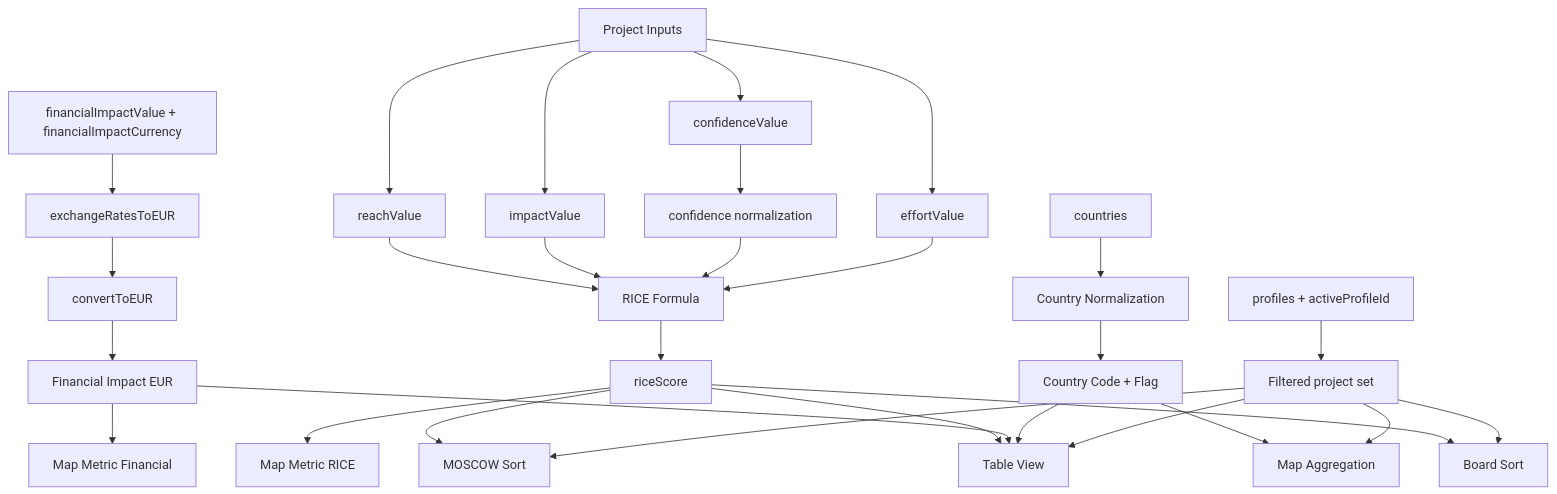
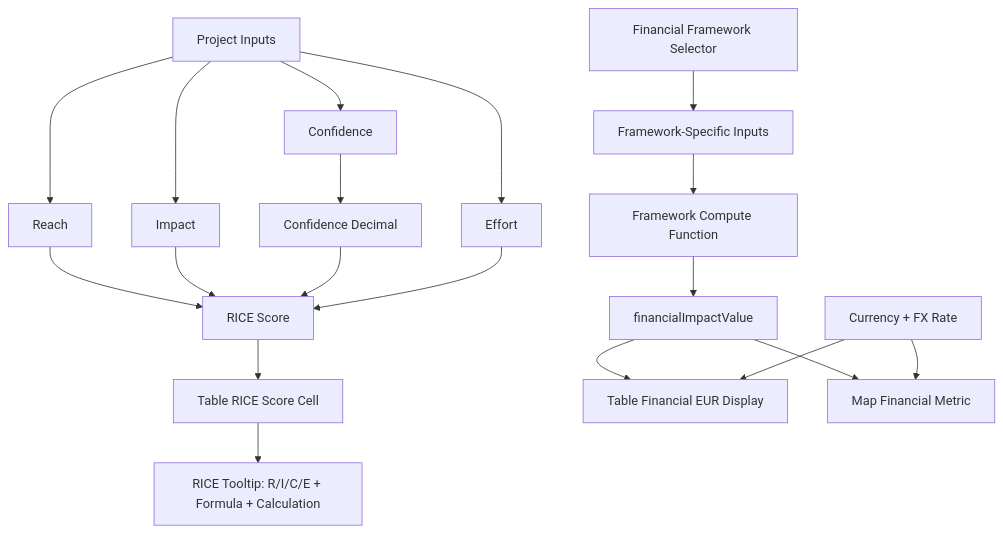
Before and after one commit to RifqiMT/pm-prioritization-tool: the diagram in docs/VARIABLES.md, drawn with Mermaid. The commit also changed other lines of this file and 15 other files, not shown here.

First line of the commit message:
feat(financial-frameworks,ux,docs): expand impact models and align UX + documentation to current product behavior

````diff
--- a/docs/VARIABLES.md
+++ b/docs/VARIABLES.md
@@ -119,34 +52,23 @@
 ```mermaid
 flowchart TD
-  A[Project Inputs] --> B[reachValue]
-  A --> C[impactValue]
-  A --> D[confidenceValue]
-  A --> E[effortValue]
-  B --> F[RICE Formula]
+  A[Project Inputs] --> B[Reach]
+  A --> C[Impact]
+  A --> D[Confidence]
+  A --> E[Effort]
+  D --> D1[Confidence Decimal]
+  B --> F[RICE Score]
   C --> F
-  D --> G[confidence normalization]
-  G --> F
+  D1 --> F
   E --> F
-  F --> H[riceScore]
-  H --> I[Table View]
-  H --> J[Board Sort]
-  H --> K[MOSCOW Sort]
-  H --> L[Map Metric RICE]
+  F --> G[Table RICE Score Cell]
+  G --> H[RICE Tooltip: R/I/C/E + Formula + Calculation]
 
-  M[financialImpactValue + financialImpactCurrency] --> N[exchangeRatesToEUR]
-  N --> O[convertToEUR]
-  O --> P[Financial Impact EUR]
-  P --> I
-  P --> Q[Map Metric Financial]
+  I[Financial Framework Selector] --> J[Framework-Specific Inputs]
+  J --> K[Framework Compute Function]
+  K --> L[financialImpactValue]
+  L --> M[Table Financial EUR Display]
+  L --> N[Map Financial Metric]
 
-  R[countries] --> S[Country Normalization]
-  S --> T[Country Code + Flag]
-  T --> I
-  T --> U[Map Aggregation]
-
-  V[profiles + activeProfileId] --> W[Filtered project set]
-  W --> I
-  W --> J
-  W --> K
-  W --> U
+  O[Currency + FX Rate] --> M
+  O --> N
 ```
````
